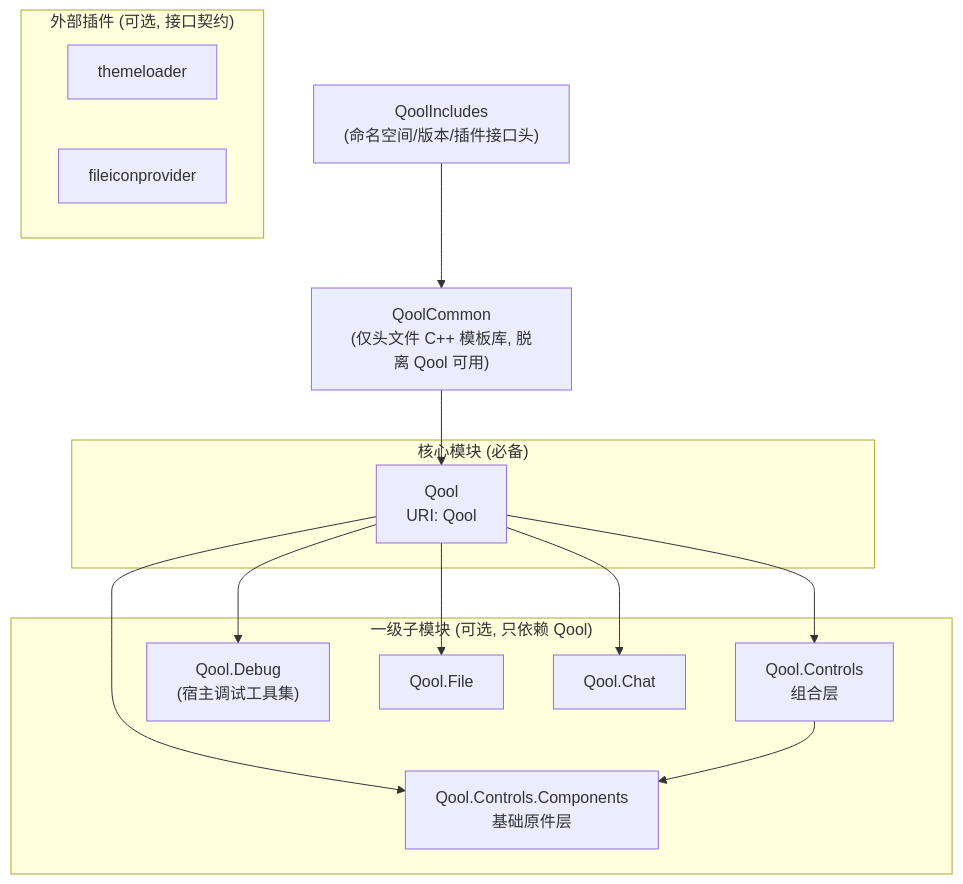
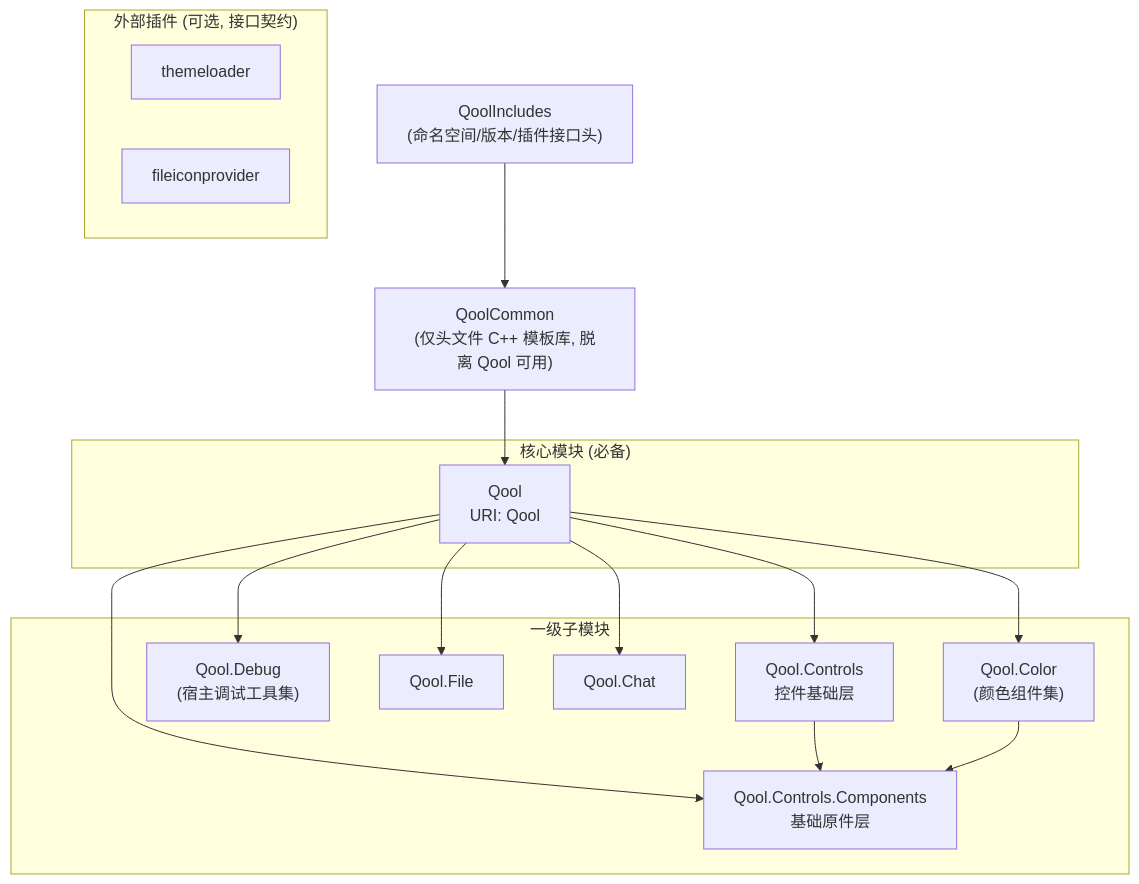
One commit to LambdaXIII/QoolUI4 changed the diagram in AGENTS.md. Above: the diagram before and after it, drawn with Mermaid. The commit also changed other lines of this file and 73 other files, not shown here.

````diff
--- a/AGENTS.md
+++ b/AGENTS.md
@@ -25,31 +25,34 @@
 ```mermaid
 flowchart TB
     QoolIncludes["QoolIncludes<br/>(命名空间/版本/插件接口头)"]
     QoolCommon["QoolCommon<br/>(仅头文件 C++ 模板库, 脱离 Qool 可用)"]
 
     subgraph Core["核心模块 (必备)"]
         Qool["Qool<br/>URI: Qool"]
     end
 
-    subgraph L1["一级子模块 (可选, 只依赖 Qool)"]
-        QoolControls["Qool.Controls<br/>组合层"]
+    subgraph L1["一级子模块"]
+        QoolControls["Qool.Controls<br/>控件基础层"]
         QoolControlsComponents["Qool.Controls.Components<br/>基础原件层"]
         QoolDebug["Qool.Debug<br/>(宿主调试工具集)"]
         QoolFile["Qool.File"]
         QoolChat["Qool.Chat"]
+        QoolColor["Qool.Color<br/>(颜色组件集)"]
     end
 
     subgraph Plugins["外部插件 (可选, 接口契约)"]
         themeloader["themeloader"]
         fileiconprovider["fileiconprovider"]
     end
 
     QoolIncludes --> QoolCommon
     QoolCommon --> Qool
     Qool --> QoolControls
     Qool --> QoolControlsComponents
     Qool --> QoolDebug
     Qool --> QoolFile
     Qool --> QoolChat
+    Qool --> QoolColor
     QoolControls --> QoolControlsComponents
+    QoolColor --> QoolControlsComponents
 ```
````
